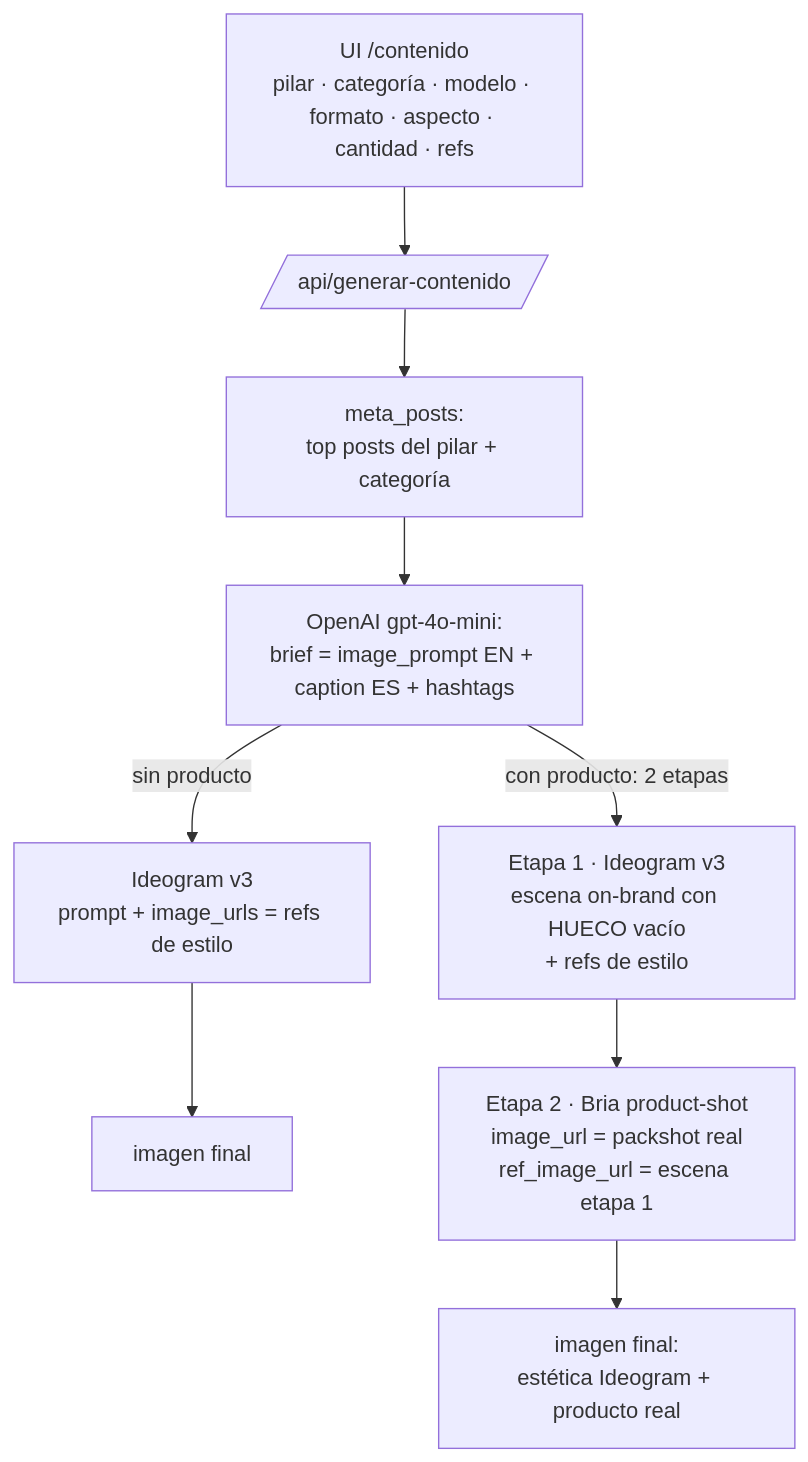
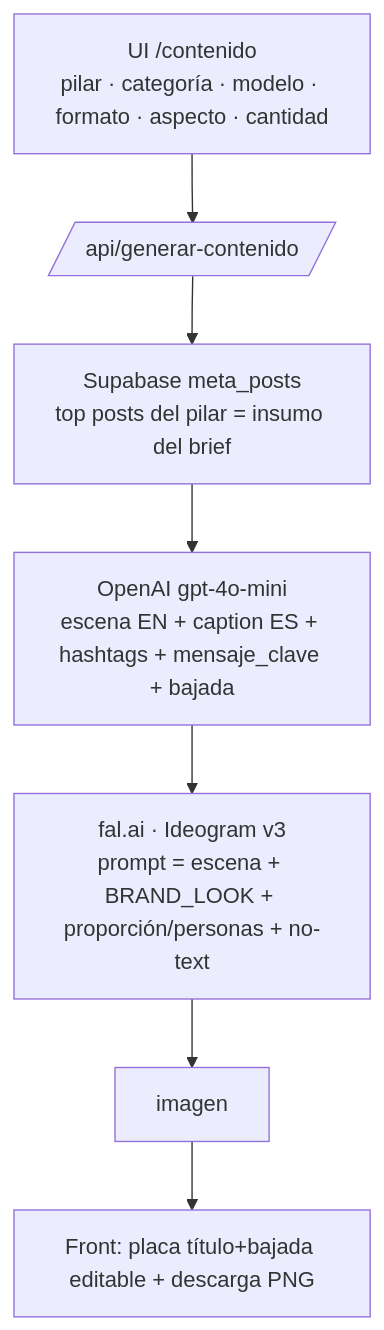
One commit to dsabena-byte/Dashboard-Mkt changed the diagram in docs/generador-contenido.md. Above: the diagram before and after it, drawn with Mermaid. The commit also changed other lines of this file and 1 other file, not shown here.

First line of the commit message:
docs: documentar el generador de contenido (estado actual, qué NO funciona, próximo paso) (#318)

````diff
--- a/docs/generador-contenido.md
+++ b/docs/generador-contenido.md
@@ -64,13 +15,8 @@
 ```mermaid
 flowchart TD
-  UI[UI /contenido<br/>pilar · categoría · modelo · formato · aspecto · cantidad · refs] --> API[/api/generar-contenido/]
-  API --> TOP[meta_posts:<br/>top posts del pilar + categoría]
-  TOP --> BRIEF[OpenAI gpt-4o-mini:<br/>brief = image_prompt EN + caption ES + hashtags]
-
-  BRIEF -->|sin producto| IDEO[Ideogram v3<br/>prompt + image_urls = refs de estilo]
-  IDEO --> OUT1[imagen final]
-
-  BRIEF -->|con producto: 2 etapas| E1[Etapa 1 · Ideogram v3<br/>escena on-brand con HUECO vacío<br/>+ refs de estilo]
-  E1 --> E2[Etapa 2 · Bria product-shot<br/>image_url = packshot real<br/>ref_image_url = escena etapa 1]
-  E2 --> OUT2[imagen final:<br/>estética Ideogram + producto real]
+  UI[UI /contenido<br/>pilar · categoría · modelo · formato · aspecto · cantidad] --> API[/api/generar-contenido/]
+  API --> TOP[Supabase meta_posts<br/>top posts del pilar = insumo del brief]
+  TOP --> BRIEF[OpenAI gpt-4o-mini<br/>escena EN + caption ES + hashtags + mensaje_clave + bajada]
+  BRIEF --> IDEO[fal.ai · Ideogram v3<br/>prompt = escena + BRAND_LOOK + proporción/personas + no-text]
+  IDEO --> OUT[imagen] --> PLACA[Front: placa título+bajada editable + descarga PNG]
 ```
````
